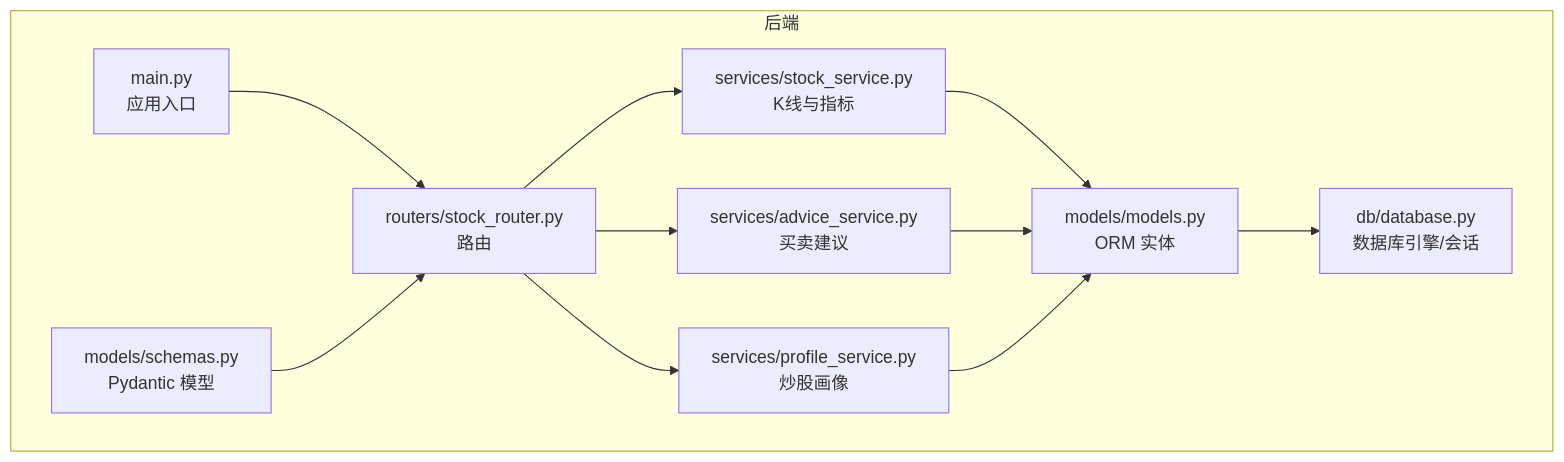
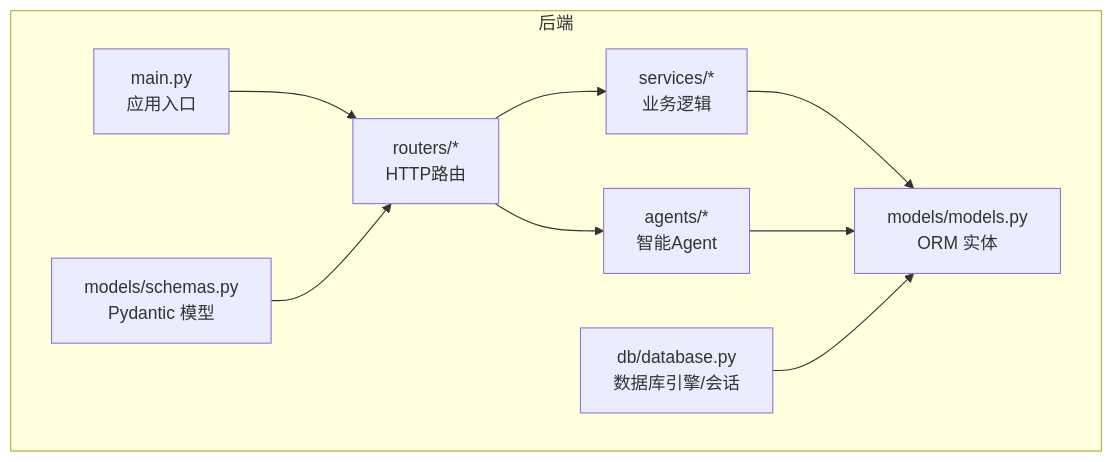
One commit to Moruime/stock_foker changed the first of 12 diagrams in .qoder/repowiki/zh/content/数据模型/数据模型.md. Above: the diagram before and after it, drawn with Mermaid. The commit also changed other lines of this file and 52 other files, not shown here.

````diff
--- a/.qoder/repowiki/zh/content/数据模型/数据模型.md
+++ b/.qoder/repowiki/zh/content/数据模型/数据模型.md
@@ -70,22 +54,19 @@
 ```mermaid
 graph TB
 subgraph "后端"
 A["main.py<br/>应用入口"]
-B["routers/stock_router.py<br/>路由"]
-C["services/stock_service.py<br/>K线与指标"]
-D["services/advice_service.py<br/>买卖建议"]
-E["services/profile_service.py<br/>炒股画像"]
-F["models/models.py<br/>ORM 实体"]
-G["models/schemas.py<br/>Pydantic 模型"]
-H["db/database.py<br/>数据库引擎/会话"]
+B["routers/*<br/>HTTP路由"]
+C["services/*<br/>业务逻辑"]
+D["agents/*<br/>智能Agent"]
+E["models/models.py<br/>ORM 实体"]
+F["models/schemas.py<br/>Pydantic 模型"]
+G["db/database.py<br/>数据库引擎/会话"]
 end
 A --> B
 B --> C
 B --> D
-B --> E
-C --> F
-D --> F
-E --> F
-F --> H
-G --> B
+C --> E
+D --> E
+F --> B
+G --> E
 ```
````
